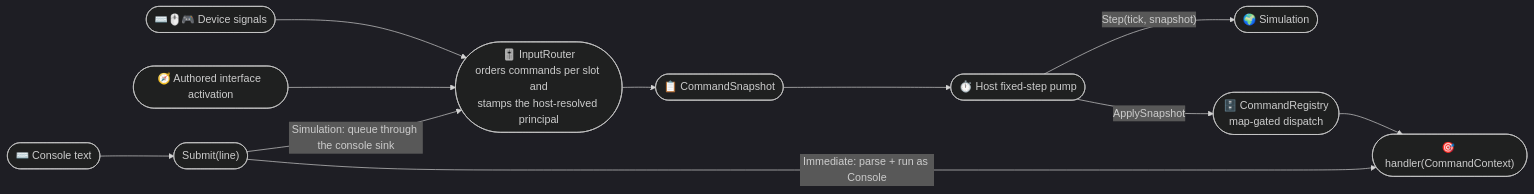
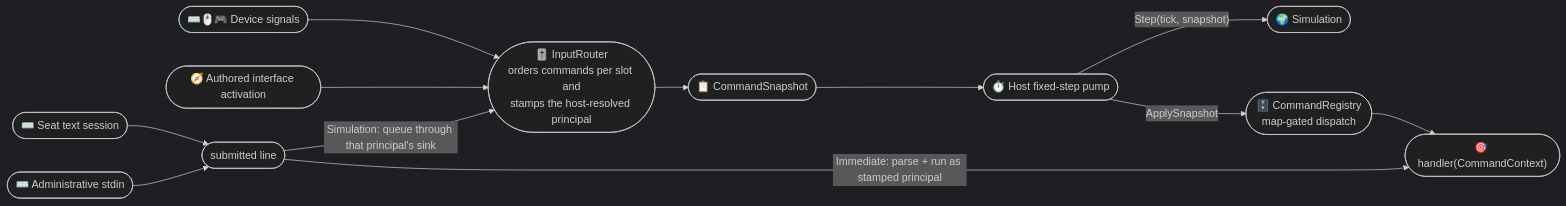
One commit to ByteTerrace/Puck changed the first of 2 diagrams in src/Puck.Commands/README.md. Above: the diagram before and after it, drawn with Mermaid (dark theme). The commit also changed other lines of this file and 146 other files, not shown here.

````diff
--- a/src/Puck.Commands/README.md
+++ b/src/Puck.Commands/README.md
@@ -48,13 +49,14 @@
 ```mermaid
 graph LR
     Signals(["⌨️🖱️🎮 Device signals"]) --> Router
     Presentation(["🧭 Authored interface activation"]) --> Router
-    Console(["⌨️ Console text"]) --> Submit
-    Submit(["Submit(line)"]) -->|"Immediate: parse + run as Console"| Handler
-    Submit -->|"Simulation: queue through the console sink"| Router
+    Console(["⌨️ Administrative stdin"]) --> Submit
+    SeatText(["⌨️ Seat text session"]) --> Submit
+    Submit(["submitted line"]) -->|"Immediate: parse + run as stamped principal"| Handler
+    Submit -->|"Simulation: queue through that principal's sink"| Router
     Router(["🎚️ InputRouter<br/>orders commands per slot and<br/>stamps the host-resolved principal"]) --> Snapshot(["📋 CommandSnapshot"])
     Snapshot --> Pump(["⏱️ Host fixed-step pump"])
     Pump -->|"ApplySnapshot"| Apply(["🗄️ CommandRegistry<br/>map-gated dispatch"])
     Apply --> Handler(["🎯 handler(CommandContext)"])
     Pump -->|"Step(tick, snapshot)"| Simulation(["🌍 Simulation"])
 ```
````
